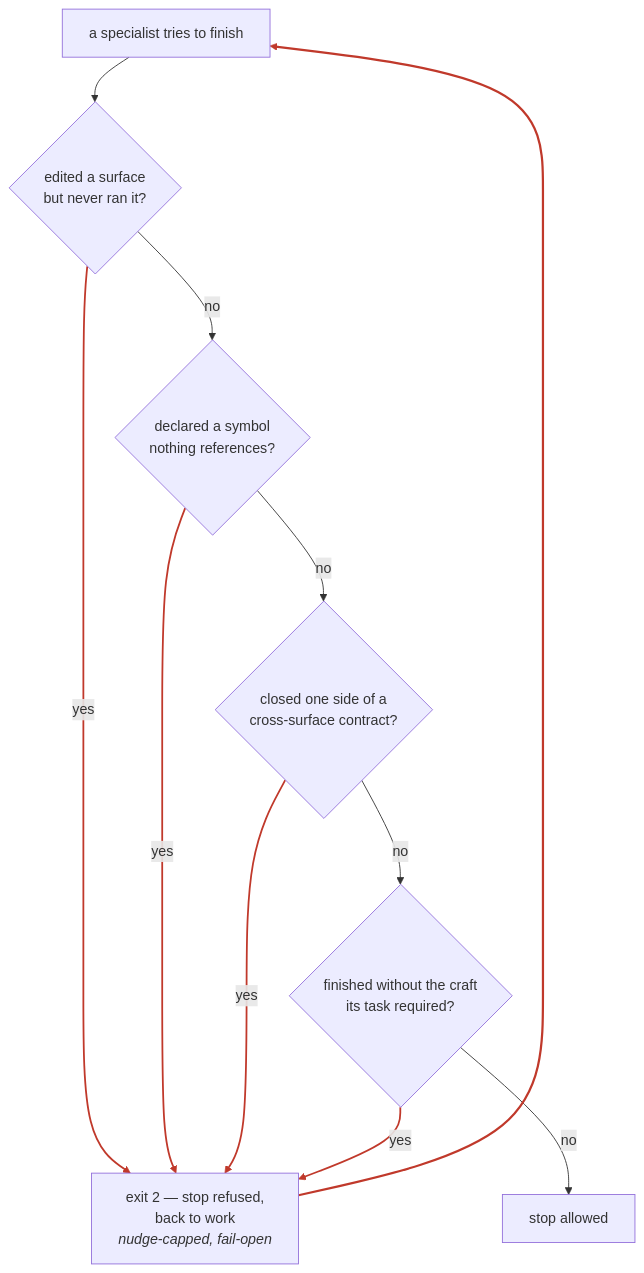
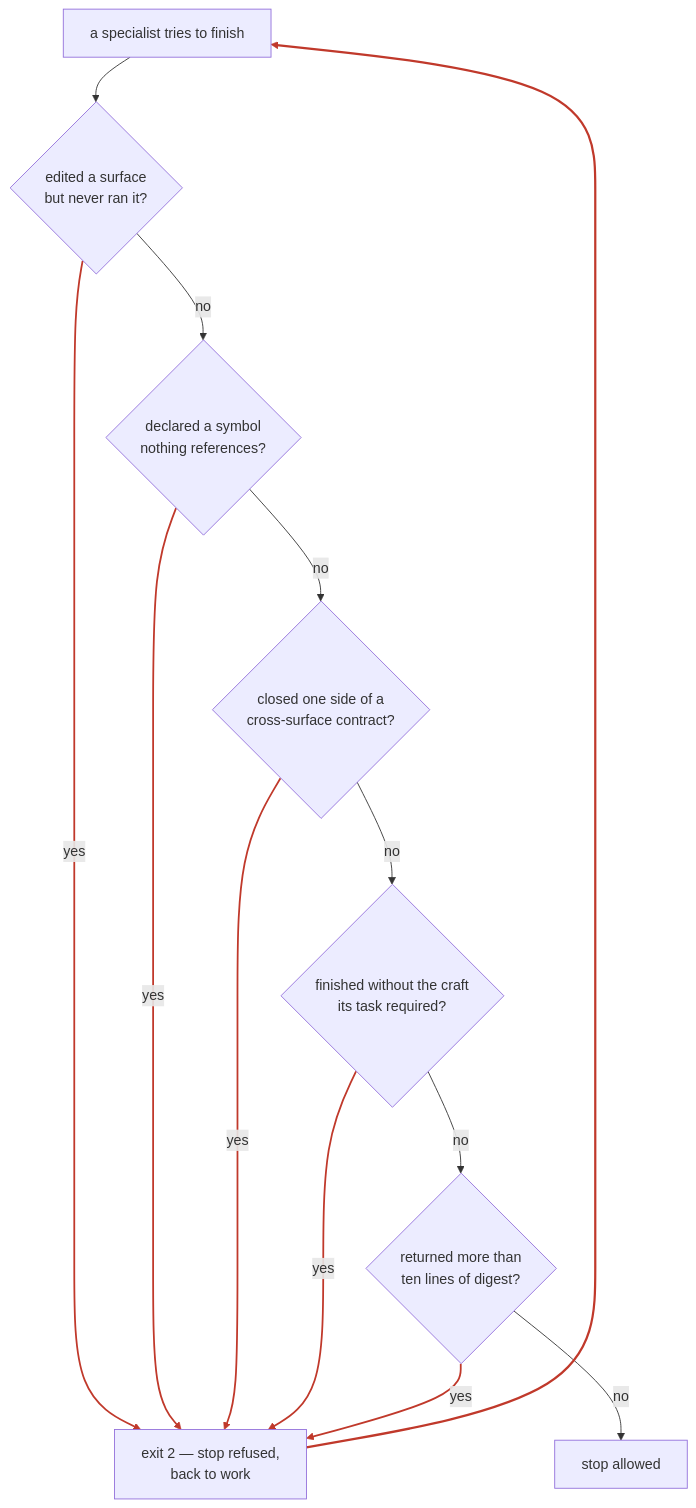
Before and after one commit to isumer/cereblnk: the second of 3 diagrams in README.md, drawn with Mermaid. The commit also changed other lines of this file, not shown here.

````diff
--- a/README.md
+++ b/README.md
@@ -107,16 +108,18 @@
 ```mermaid
 flowchart TD
     S["a specialist tries to finish"] --> Q1{"edited a surface<br/>but never ran it?"}
-    Q1 -- yes --> BACK["exit 2 — stop refused,<br/>back to work<br/><i>nudge-capped, fail-open</i>"]
+    Q1 -- yes --> BACK["exit 2 — stop refused,<br/>back to work"]
     Q1 -- no --> Q2{"declared a symbol<br/>nothing references?"}
     Q2 -- yes --> BACK
     Q2 -- no --> Q3{"closed one side of a<br/>cross-surface contract?"}
     Q3 -- yes --> BACK
     Q3 -- no --> Q4{"finished without the craft<br/>its task required?"}
     Q4 -- yes --> BACK
-    Q4 -- no --> OK["stop allowed"]
+    Q4 -- no --> Q5{"returned more than<br/>ten lines of digest?"}
+    Q5 -- yes --> BACK
+    Q5 -- no --> OK["stop allowed"]
     BACK --> S
 
-    linkStyle 1,3,5,7 stroke:#c0392b,stroke-width:2px
-    linkStyle 9 stroke:#c0392b,stroke-width:2.5px
+    linkStyle 1,3,5,7,9 stroke:#c0392b,stroke-width:2px
+    linkStyle 11 stroke:#c0392b,stroke-width:2.5px
 ```
````
